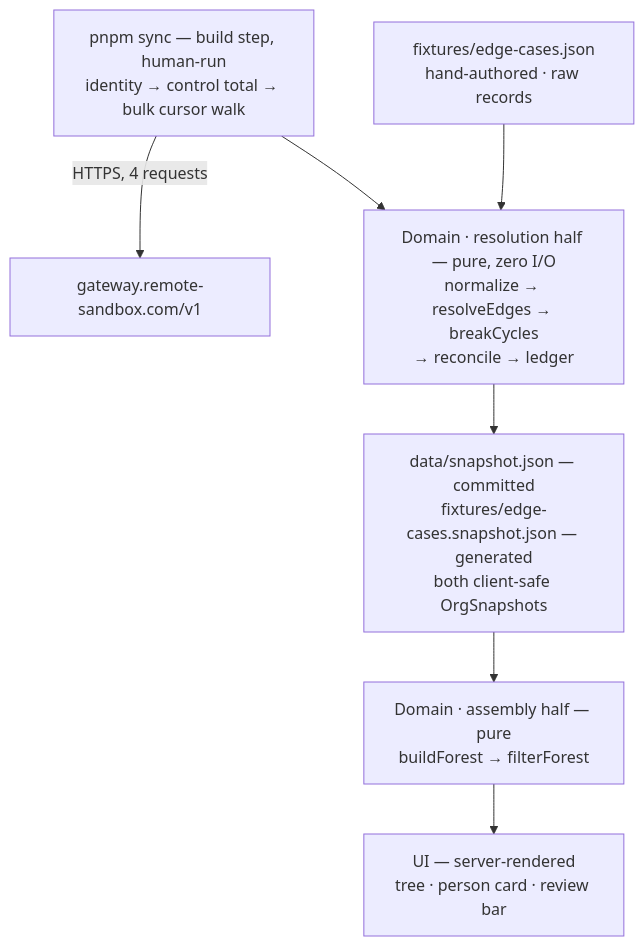
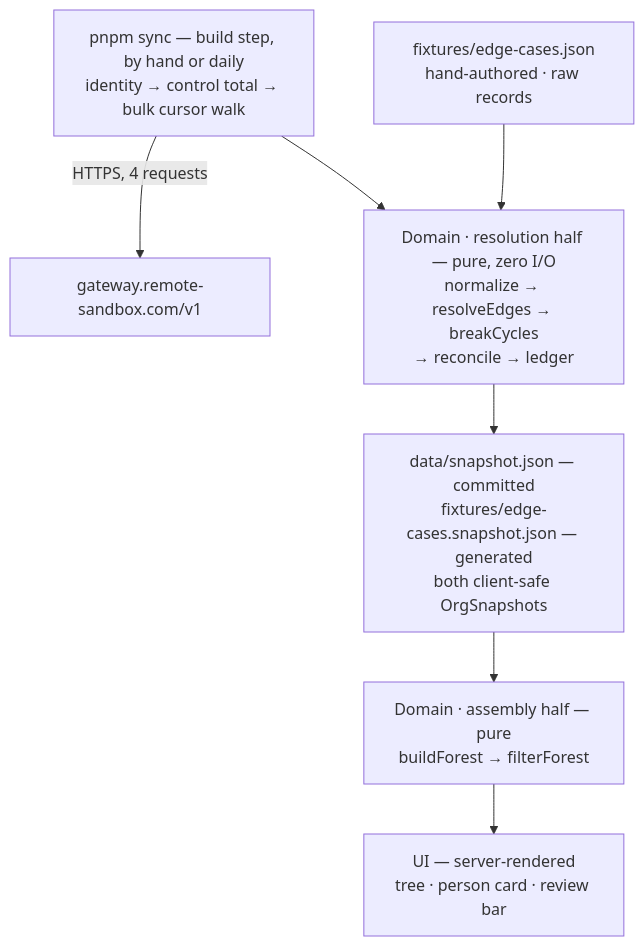
One commit to yassmass/remote-org-chart changed the diagram in planning/build.md. Above: the diagram before and after it, drawn with Mermaid. The commit also changed other lines of this file and 22 other files, not shown here.

Commit message:
refactor: refine architectural documentation and update forest integrity tests to support dynamic snapshot evolution  and improve UI snapshot synchronization logic

````diff
--- a/planning/build.md
+++ b/planning/build.md
@@ -20,17 +20,17 @@
 ```mermaid
 flowchart TD
     API["gateway.remote-sandbox.com/v1"]
-    SYNC["pnpm sync — build step, human-run<br>identity → control total → bulk cursor walk"]
+    SYNC["pnpm sync — build step, by hand or daily<br>identity → control total → bulk cursor walk"]
     FIX["fixtures/edge-cases.json<br>hand-authored · raw records"]
     RESOLVE["Domain · resolution half — pure, zero I/O<br>normalize → resolveEdges → breakCycles<br>→ reconcile → ledger"]
     SNAP["data/snapshot.json — committed<br>fixtures/edge-cases.snapshot.json — generated<br>both client-safe OrgSnapshots"]
     ASSEMBLE["Domain · assembly half — pure<br>buildForest → filterForest"]
     UI["UI — server-rendered<br>tree · person card · review bar"]
 
     SYNC -->|HTTPS, 4 requests| API
     SYNC --> RESOLVE
     FIX --> RESOLVE
     RESOLVE --> SNAP
     SNAP --> ASSEMBLE
     ASSEMBLE --> UI
 ```
````
